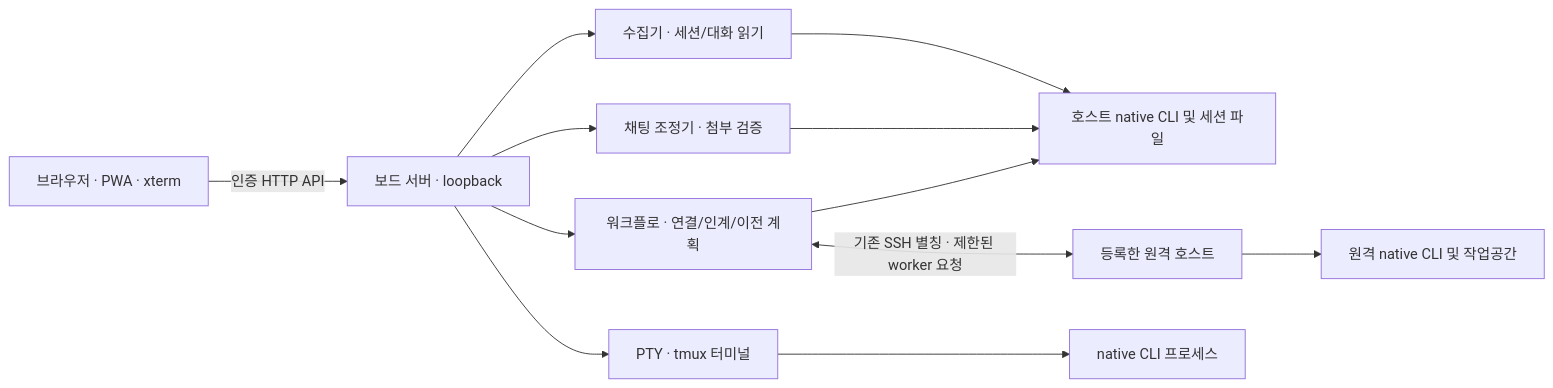
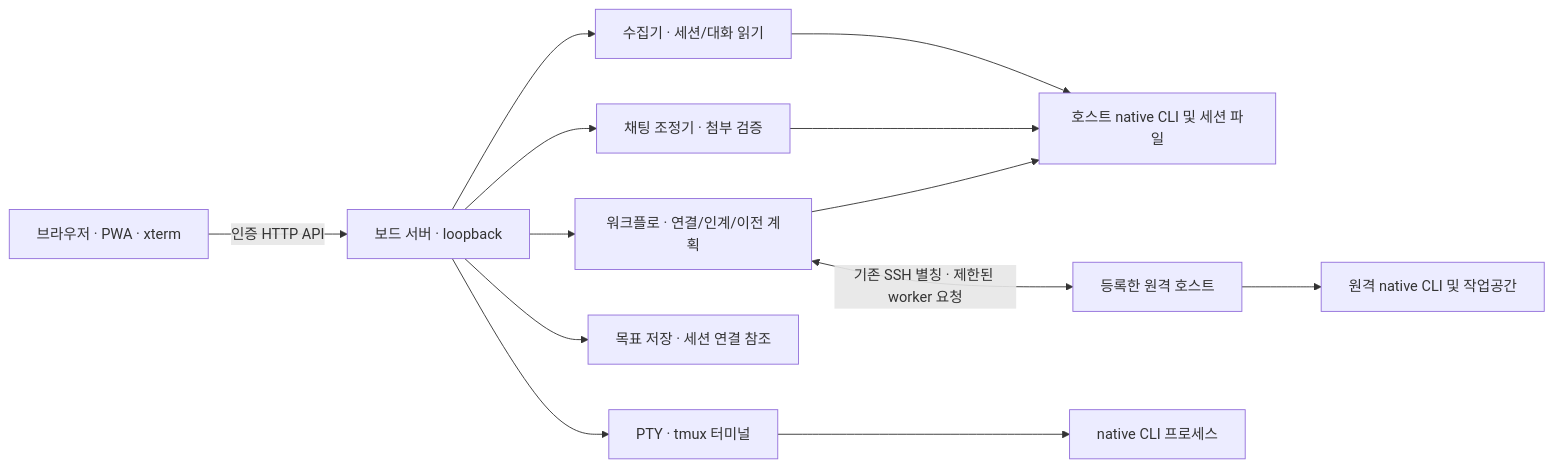
One commit to RyanKwon87/sessionholic changed the diagram in docs/architecture.md. Above: the diagram before and after it, drawn with Mermaid. The commit also changed other lines of this file and 29 other files, not shown here.

````diff
--- a/docs/architecture.md
+++ b/docs/architecture.md
@@ -5,14 +5,15 @@
 ```mermaid
 flowchart LR
     B[브라우저 · PWA · xterm] -->|인증 HTTP API| S[보드 서버 · loopback]
     S --> C[수집기 · 세션/대화 읽기]
     S --> W[워크플로 · 연결/인계/이전 계획]
     S --> H[채팅 조정기 · 첨부 검증]
+    S --> G[목표 저장 · 세션 연결 참조]
     S --> T[PTY · tmux 터미널]
     C --> N[호스트 native CLI 및 세션 파일]
     H --> N
     W --> N
     W <-->|기존 SSH 별칭 · 제한된 worker 요청| R[등록한 원격 호스트]
     R --> RN[원격 native CLI 및 작업공간]
     T --> CLI[native CLI 프로세스]
 ```
````
